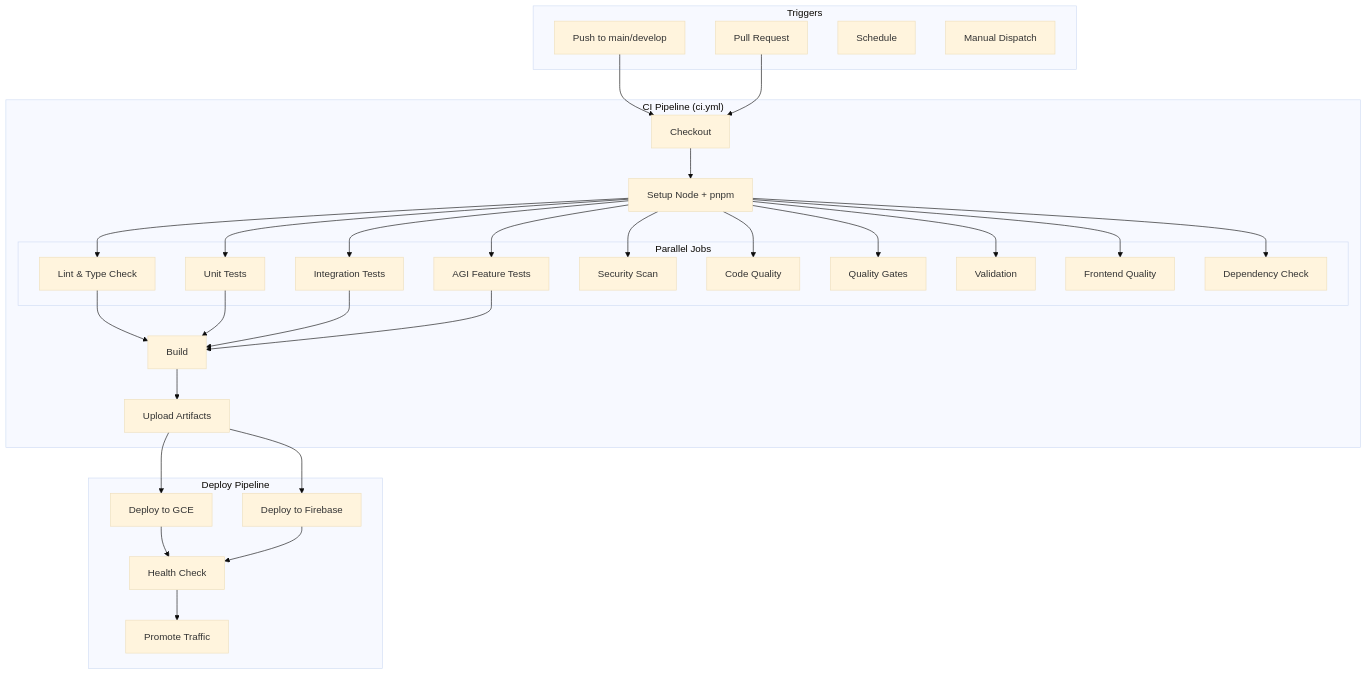
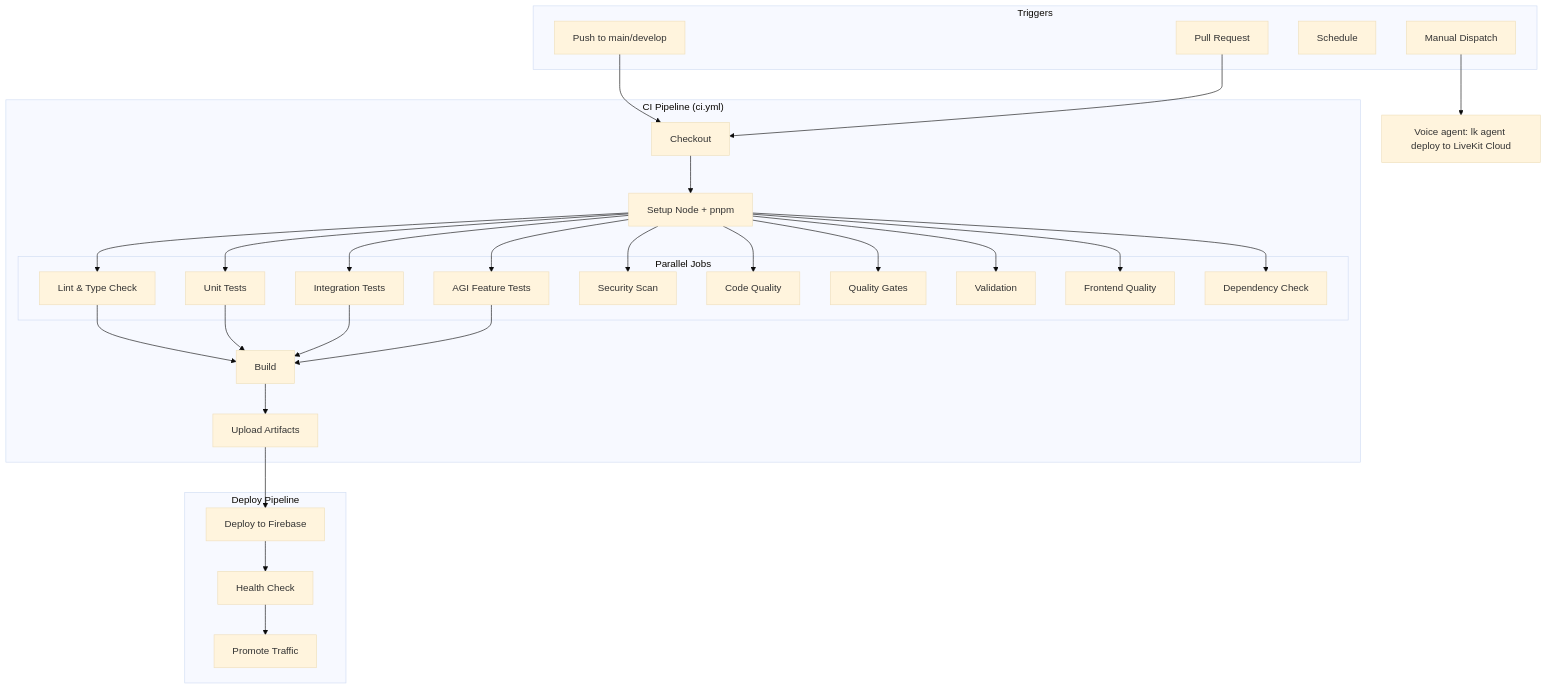
One commit to ferni-ai/voiceai changed the first of 2 diagrams in docs/architecture/ci-deployment-current.md. Above: the diagram before and after it, drawn with Mermaid (base theme). The commit also changed other lines of this file and 17 other files, not shown here.

First line of the commit message:
chore(deploy): retire the dead gce voice-agent deploy path

````diff
--- a/docs/architecture/ci-deployment-current.md
+++ b/docs/architecture/ci-deployment-current.md
@@ -7,48 +7,47 @@
 ```mermaid
 flowchart TB
     subgraph Triggers
         push[Push to main/develop]
         pr[Pull Request]
         schedule[Schedule]
         manual[Manual Dispatch]
     end
 
     subgraph "CI Pipeline (ci.yml)"
         checkout[Checkout]
         setup[Setup Node + pnpm]
 
         subgraph "Parallel Jobs"
             lint[Lint & Type Check]
             unit[Unit Tests]
             integration[Integration Tests]
             agi[AGI Feature Tests]
             security[Security Scan]
             quality[Code Quality]
             gates[Quality Gates]
             validation[Validation]
             frontend[Frontend Quality]
             deps[Dependency Check]
         end
 
         build[Build]
         artifacts[Upload Artifacts]
     end
 
     subgraph "Deploy Pipeline"
-        deploy_gce[Deploy to GCE]
         deploy_firebase[Deploy to Firebase]
         health[Health Check]
         promote[Promote Traffic]
     end
 
     push --> checkout
     pr --> checkout
     checkout --> setup
     setup --> lint & unit & integration & agi & security & quality & gates & validation & frontend & deps
     lint & unit & integration & agi --> build
     build --> artifacts
-    artifacts --> deploy_gce & deploy_firebase
-    deploy_gce --> health
+    artifacts --> deploy_firebase
     deploy_firebase --> health
     health --> promote
+    manual --> deploy_agent[Voice agent: lk agent deploy to LiveKit Cloud]
 ```
````
